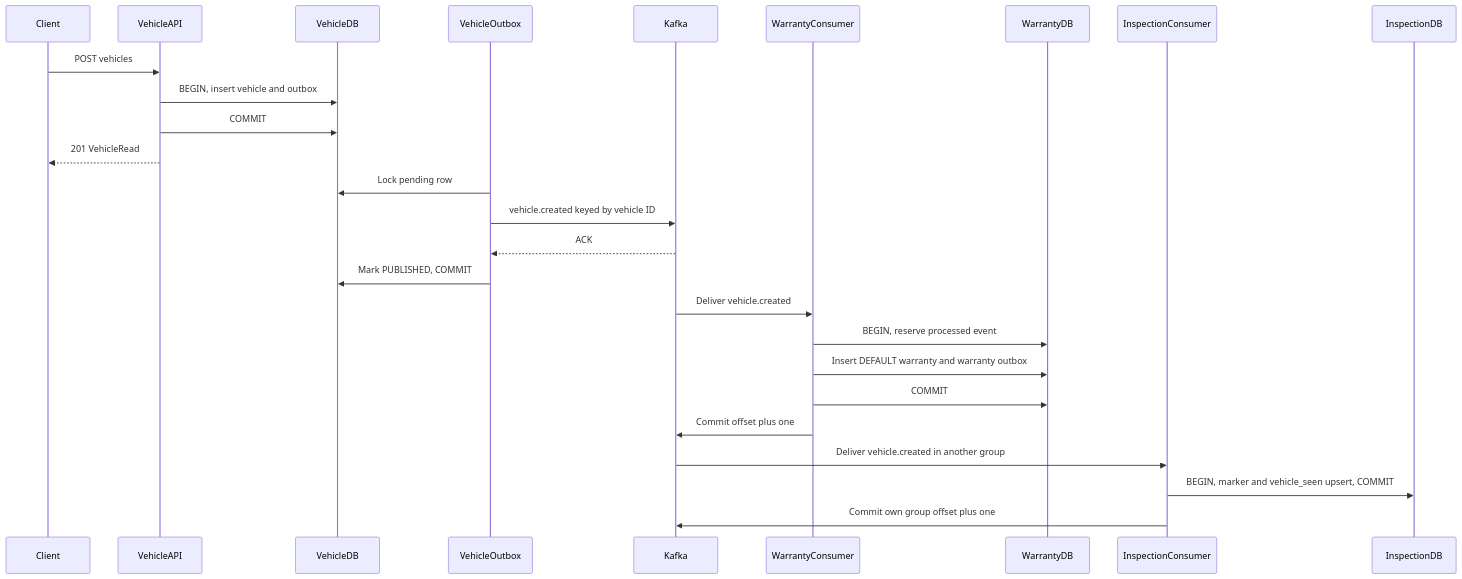
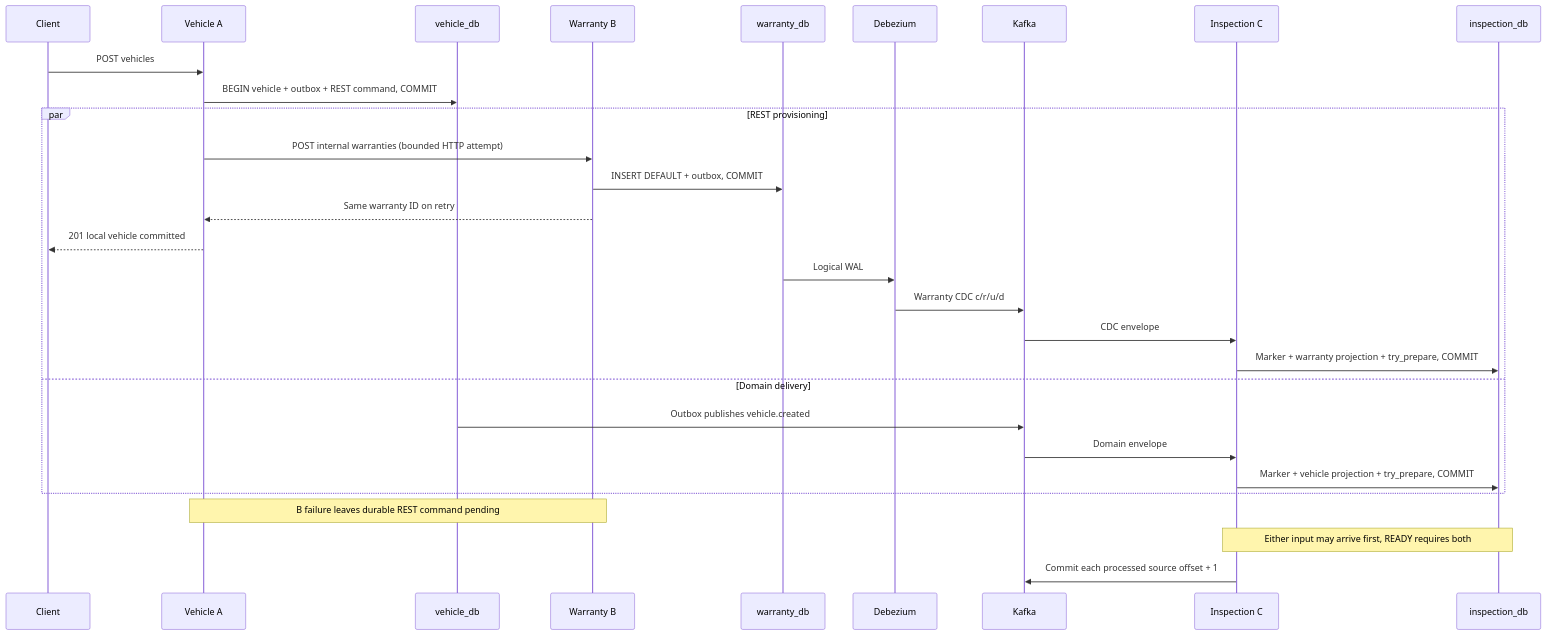
Before and after one commit to Huy-8bit/interview: the diagram in lab/docs/diagrams/sources/vehicle-creation-sequence.mmd, drawn with Mermaid. The commit also changed 141 other files, not shown here.

```diff
--- a/lab/docs/diagrams/sources/vehicle-creation-sequence.mmd
+++ b/lab/docs/diagrams/sources/vehicle-creation-sequence.mmd
@@ -1,27 +1,30 @@
 sequenceDiagram
     %% diagram: vehicle-creation-sequence
     participant Client
-    participant VehicleAPI
-    participant VehicleDB
-    participant VehicleOutbox
-    participant Kafka
-    participant WarrantyConsumer
-    participant WarrantyDB
-    participant InspectionConsumer
-    participant InspectionDB
-    Client->>VehicleAPI: POST vehicles
-    VehicleAPI->>VehicleDB: BEGIN, insert vehicle and outbox
-    VehicleAPI->>VehicleDB: COMMIT
-    VehicleAPI-->>Client: 201 VehicleRead
-    VehicleOutbox->>VehicleDB: Lock pending row
-    VehicleOutbox->>Kafka: vehicle.created keyed by vehicle ID
-    Kafka-->>VehicleOutbox: ACK
-    VehicleOutbox->>VehicleDB: Mark PUBLISHED, COMMIT
-    Kafka->>WarrantyConsumer: Deliver vehicle.created
-    WarrantyConsumer->>WarrantyDB: BEGIN, reserve processed event
-    WarrantyConsumer->>WarrantyDB: Insert DEFAULT warranty and warranty outbox
-    WarrantyConsumer->>WarrantyDB: COMMIT
-    WarrantyConsumer->>Kafka: Commit offset plus one
-    Kafka->>InspectionConsumer: Deliver vehicle.created in another group
-    InspectionConsumer->>InspectionDB: BEGIN, marker and vehicle_seen upsert, COMMIT
-    InspectionConsumer->>Kafka: Commit own group offset plus one
+    participant A as Vehicle A
+    participant ADB as vehicle_db
+    participant B as Warranty B
+    participant BDB as warranty_db
+    participant DBZ as Debezium
+    participant K as Kafka
+    participant C as Inspection C
+    participant CDB as inspection_db
+    Client->>A: POST vehicles
+    A->>ADB: BEGIN vehicle + outbox + REST command, COMMIT
+    par REST provisioning
+        A->>B: POST internal warranties (bounded HTTP attempt)
+        B->>BDB: INSERT DEFAULT + outbox, COMMIT
+        B-->>A: Same warranty ID on retry
+        A-->>Client: 201 local vehicle committed
+        BDB->>DBZ: Logical WAL
+        DBZ->>K: Warranty CDC c/r/u/d
+        K->>C: CDC envelope
+        C->>CDB: Marker + warranty projection + try_prepare, COMMIT
+    and Domain delivery
+        ADB->>K: Outbox publishes vehicle.created
+        K->>C: Domain envelope
+        C->>CDB: Marker + vehicle projection + try_prepare, COMMIT
+    end
+    Note over A,B: B failure leaves durable REST command pending
+    Note over C,CDB: Either input may arrive first, READY requires both
+    C->>K: Commit each processed source offset + 1
```
